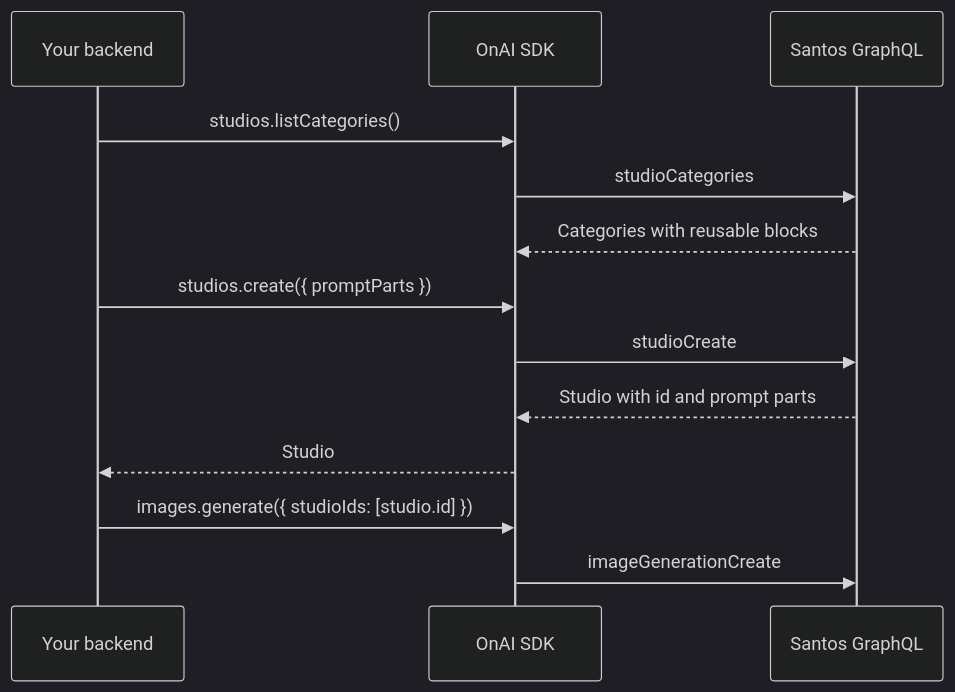
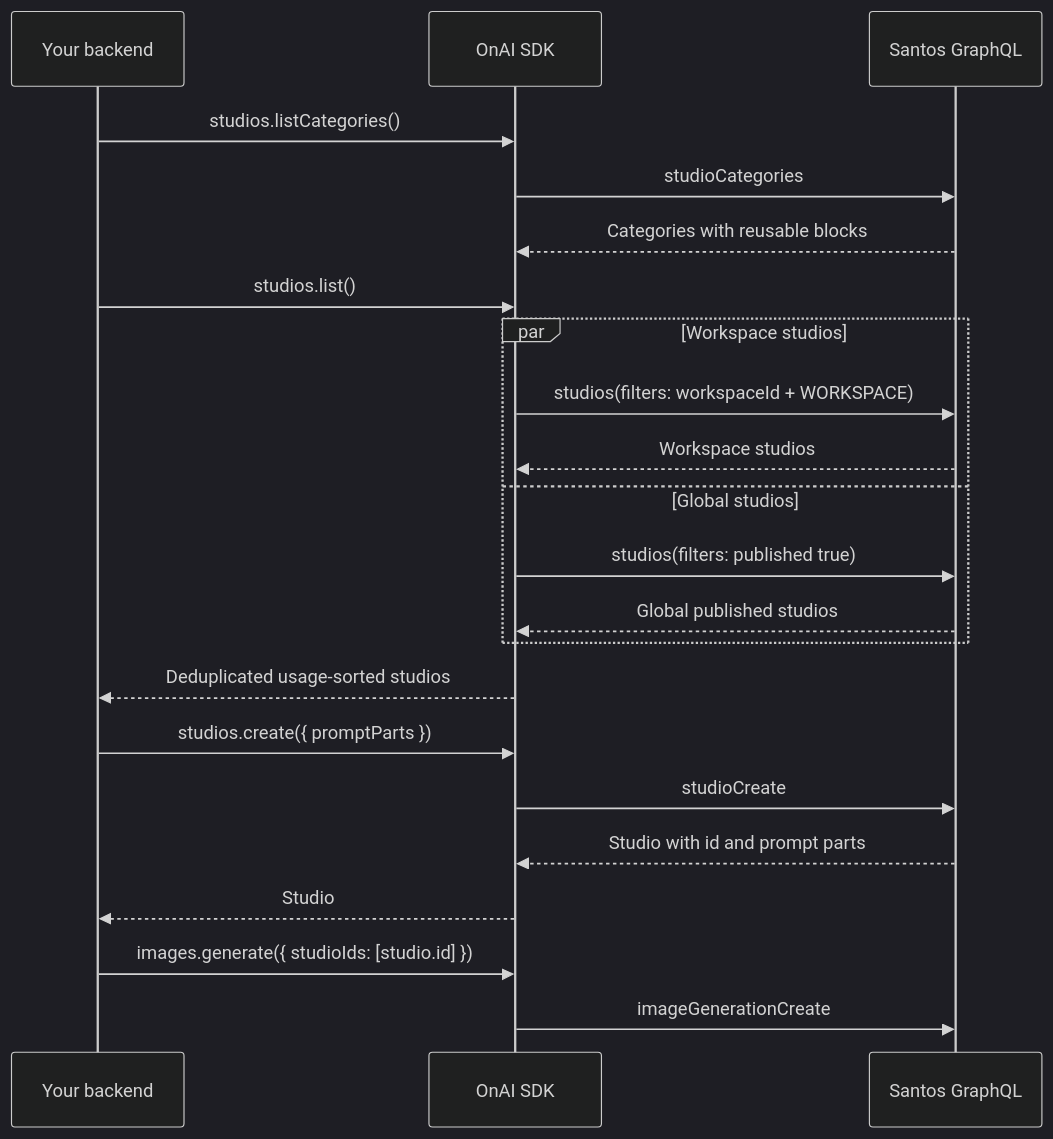
One commit to mxhiraz/onai-sdk changed the third of 8 diagrams in docs/LEGACY_DOCUMENT.md. Above: the diagram before and after it, drawn with Mermaid (dark theme). The commit also changed other lines of this file and 5 other files, not shown here.

Commit message:
Release v0.1.15 with global studios

````diff
--- a/docs/LEGACY_DOCUMENT.md
+++ b/docs/LEGACY_DOCUMENT.md
@@ -295,16 +295,25 @@
 ```mermaid
 sequenceDiagram
   participant Backend as Your backend
   participant SDK as OnAI SDK
   participant GraphQL as Santos GraphQL
 
   Backend->>SDK: studios.listCategories()
   SDK->>GraphQL: studioCategories
   GraphQL-->>SDK: Categories with reusable blocks
+  Backend->>SDK: studios.list()
+  par Workspace studios
+    SDK->>GraphQL: studios(filters: workspaceId + WORKSPACE)
+    GraphQL-->>SDK: Workspace studios
+  and Global studios
+    SDK->>GraphQL: studios(filters: published true)
+    GraphQL-->>SDK: Global published studios
+  end
+  SDK-->>Backend: Deduplicated usage-sorted studios
   Backend->>SDK: studios.create({ promptParts })
   SDK->>GraphQL: studioCreate
   GraphQL-->>SDK: Studio with id and prompt parts
   SDK-->>Backend: Studio
   Backend->>SDK: images.generate({ studioIds: [studio.id] })
   SDK->>GraphQL: imageGenerationCreate
 ```
````
